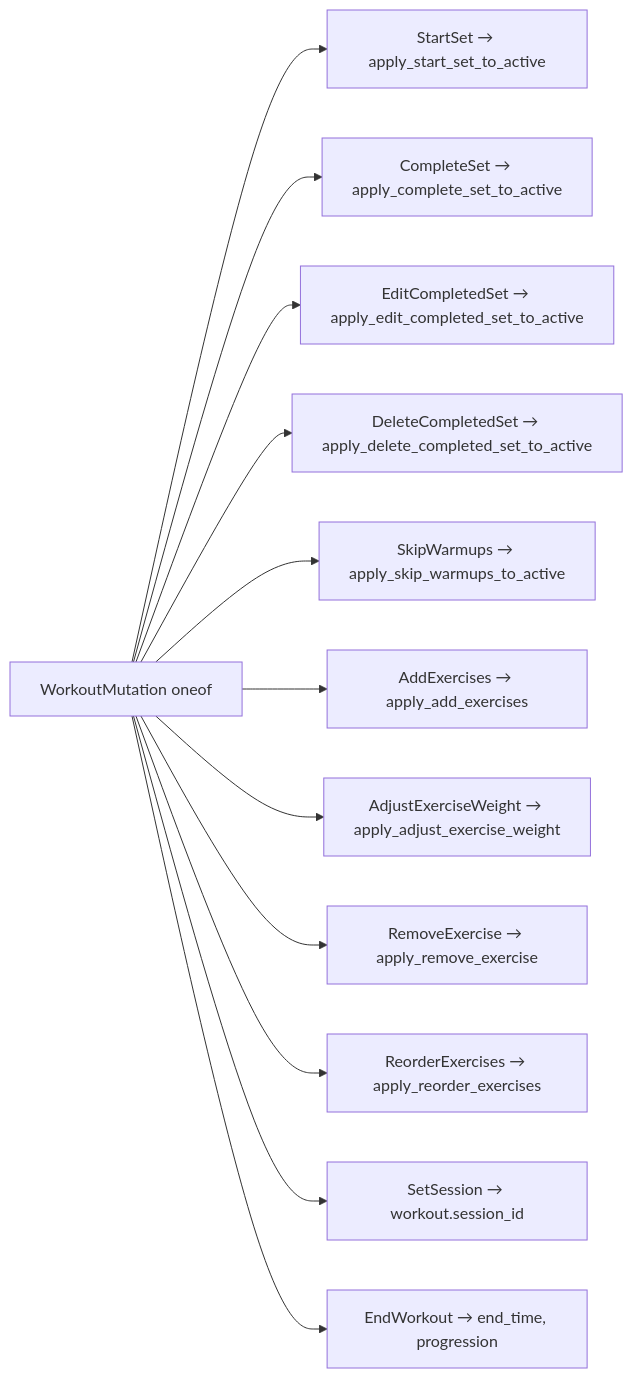
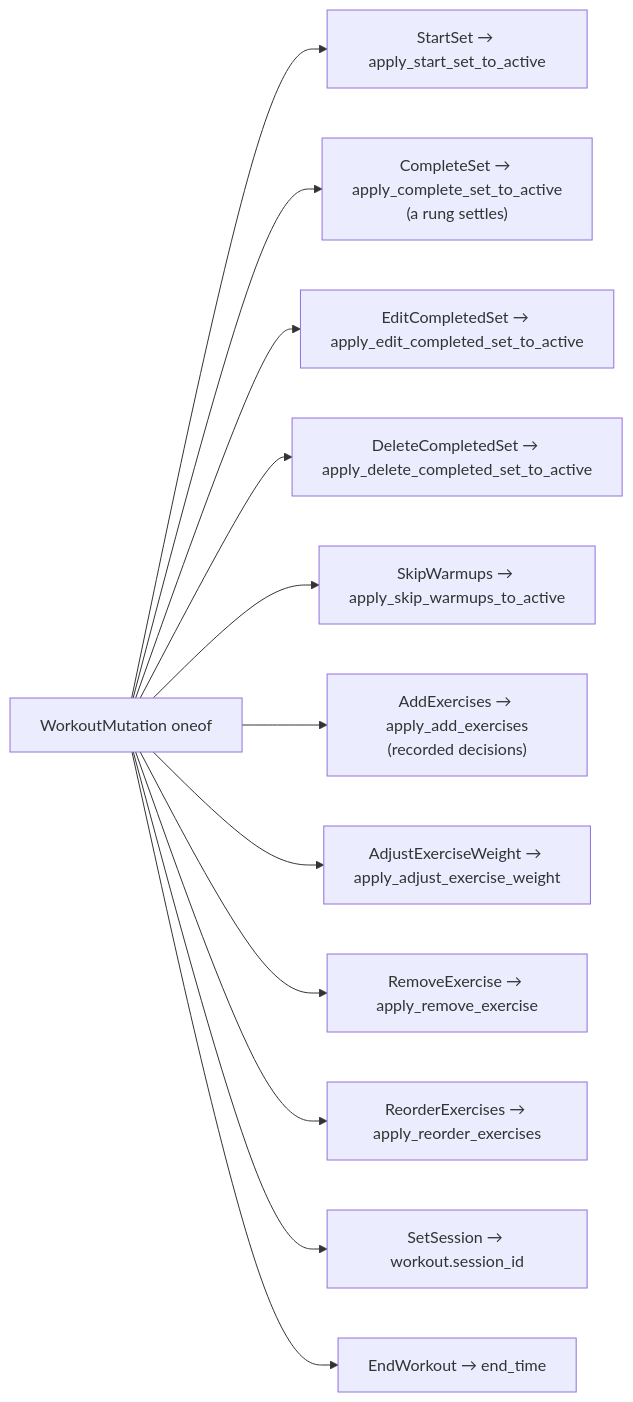
The sixth of 7 diagrams in docs/architecture/workout-lifecycle.md (brensch/lift), drawn with Mermaid before and after one commit. The commit also changed other lines of this file and 8 other files, not shown here.

````diff
--- a/docs/architecture/workout-lifecycle.md
+++ b/docs/architecture/workout-lifecycle.md
@@ -212,14 +325,14 @@
 ```mermaid
 graph LR
     m["WorkoutMutation oneof"] --> t1["StartSet → apply_start_set_to_active"]
-    m --> t2["CompleteSet → apply_complete_set_to_active"]
+    m --> t2["CompleteSet → apply_complete_set_to_active<br/>(a rung settles)"]
     m --> t3["EditCompletedSet → apply_edit_completed_set_to_active"]
     m --> t4["DeleteCompletedSet → apply_delete_completed_set_to_active"]
     m --> t6["SkipWarmups → apply_skip_warmups_to_active"]
-    m --> t7["AddExercises → apply_add_exercises"]
+    m --> t7["AddExercises → apply_add_exercises<br/>(recorded decisions)"]
     m --> t8["AdjustExerciseWeight → apply_adjust_exercise_weight"]
     m --> t9["RemoveExercise → apply_remove_exercise"]
     m --> t10["ReorderExercises → apply_reorder_exercises"]
     m --> t11["SetSession → workout.session_id"]
-    m --> t12["EndWorkout → end_time, progression"]
+    m --> t12["EndWorkout → end_time"]
 ```
````
